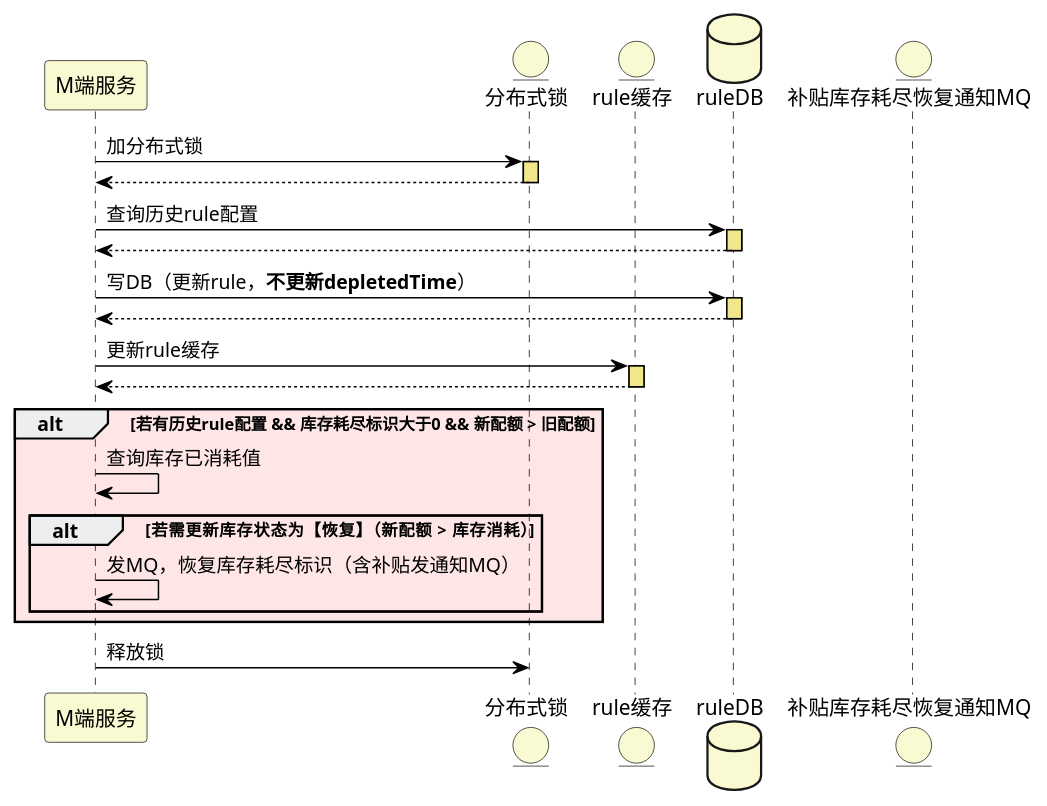
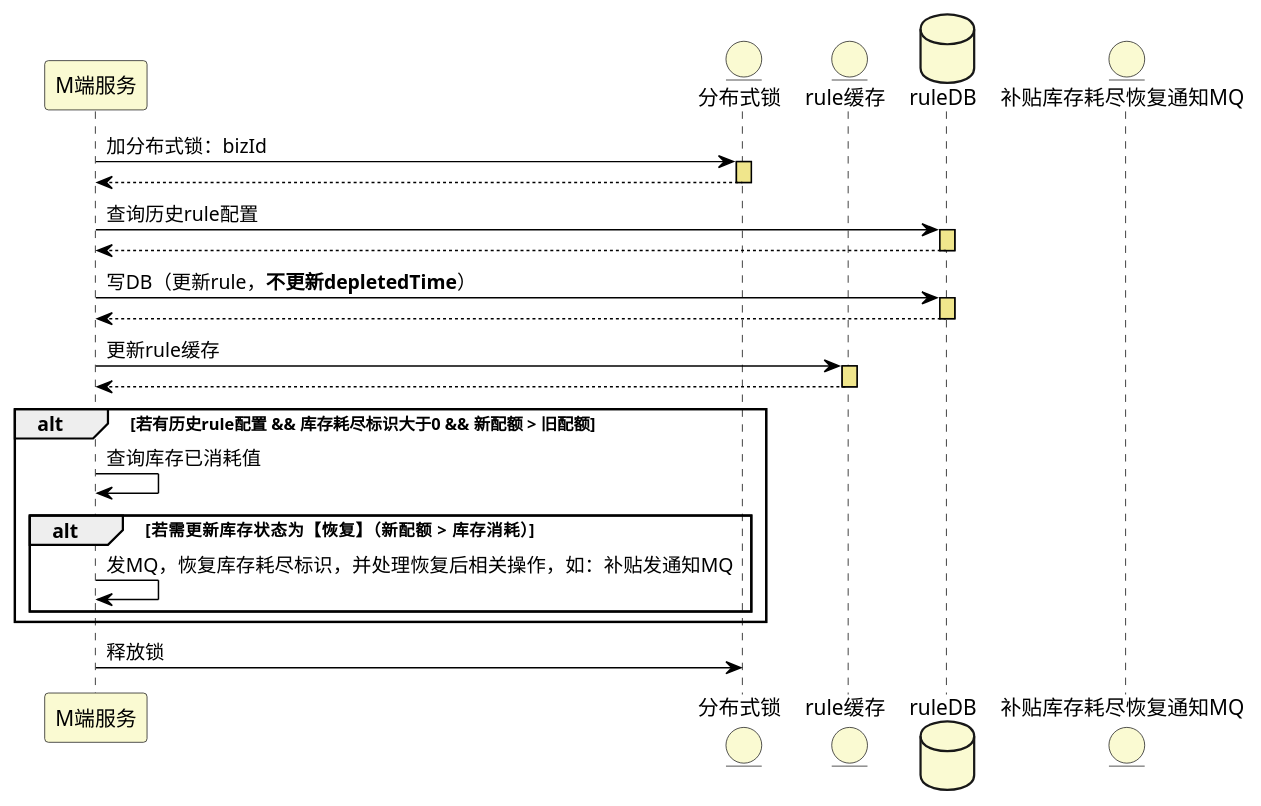
Before and after one commit to zhangbotong/mt-plantuml: the diagram in src/coupon/new/M-reset.puml, drawn with PlantUML. The commit also changed 10 other files, not shown here.

```diff
--- a/src/coupon/new/M-reset.puml
+++ b/src/coupon/new/M-reset.puml
@@ -1,38 +1,38 @@
 @startuml
 skinparam DatabaseBackgroundColor lightgoldenrodyellow
 skinparam EntityBackgroundColor lightgoldenrodyellow
 skinparam sequence {
     ArrowColor black
     LifeLineBorderColor black
     LifeLineBackgroundColor khaki
     ParticipantBackgroundColor lightgoldenrodyellow
 }
 
 participant M端服务 as MS
 entity 分布式锁 as DL
 entity rule缓存 as RC
 database ruleDB as DB
 entity 补贴库存耗尽恢复通知MQ as SMQ
 
 
-MS -> DL++: 加分布式锁
+MS -> DL++: 加分布式锁：bizId
 return
 
 MS -> DB++: 查询历史rule配置
 return
 
 MS -> DB++: 写DB（更新rule，**不更新depletedTime**）
 return
 
 MS -> RC++: 更新rule缓存
 return
 
-alt #FFE6E6 若有历史rule配置 && 库存耗尽标识大于0 && 新配额 > 旧配额
+alt 若有历史rule配置 && 库存耗尽标识大于0 && 新配额 > 旧配额
     MS -> MS: 查询库存已消耗值
     alt 若需更新库存状态为【恢复】（新配额 > 库存消耗）
-        MS -> MS: 发MQ，恢复库存耗尽标识（含补贴发通知MQ）
+        MS -> MS: 发MQ，恢复库存耗尽标识，并处理恢复后相关操作，如：补贴发通知MQ
     end
 end
 
 MS -> DL: 释放锁
 @enduml
```
